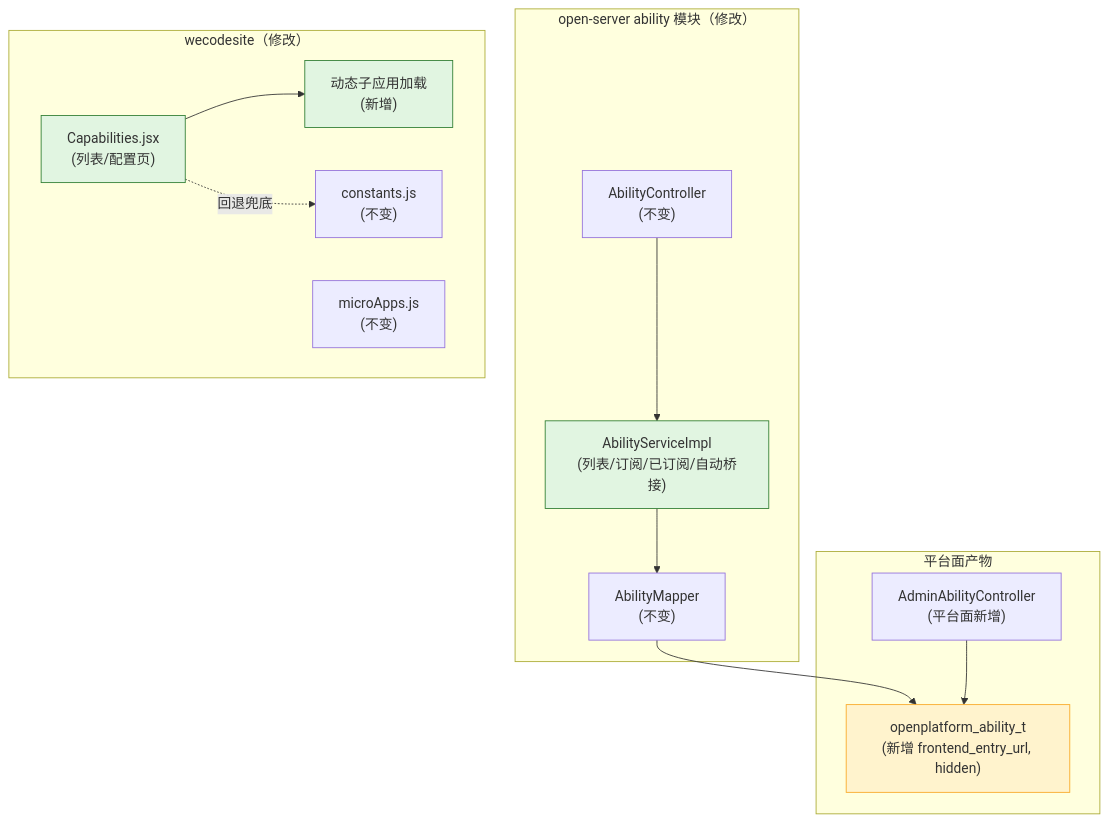
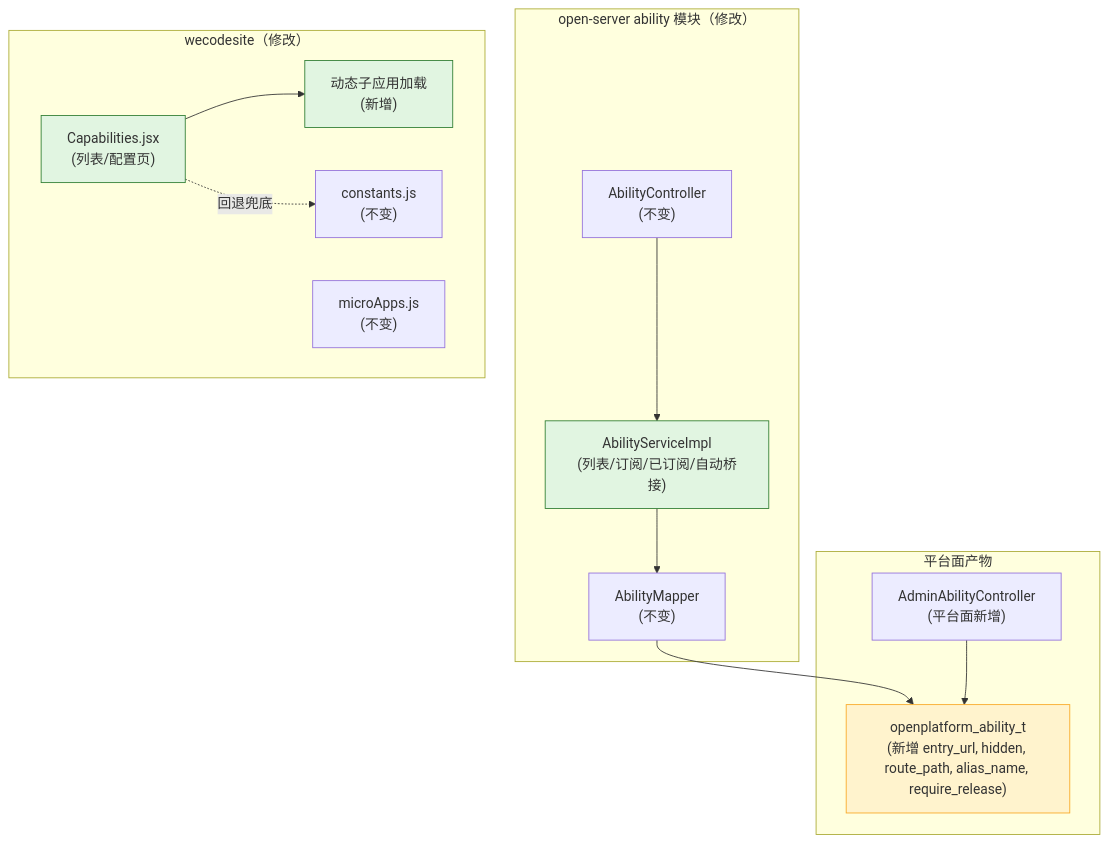
The first of 4 diagrams in .sddu/specs-tree-root/specs-tree-ability-embedding/specs-tree-embedding-open/plan.md (THZSummer/open-app), drawn with Mermaid before and after one commit. The commit also changed other lines of this file and 7 other files, not shown here.

````diff
--- a/.sddu/specs-tree-root/specs-tree-ability-embedding/specs-tree-embedding-open/plan.md
+++ b/.sddu/specs-tree-root/specs-tree-ability-embedding/specs-tree-embedding-open/plan.md
@@ -51,33 +52,33 @@
 ```mermaid
 graph TB
     subgraph OpenServer["open-server ability 模块（修改）"]
         AbilityController["AbilityController<br/>(不变)"]
         AbilityService["AbilityServiceImpl<br/>(列表/订阅/已订阅/自动桥接)"]
         AbilityMapper["AbilityMapper<br/>(不变)"]
     end
 
     subgraph WeCodeSite["wecodesite（修改）"]
         Capabilities["Capabilities.jsx<br/>(列表/配置页)"]
         DynamicSubApp["动态子应用加载<br/>(新增)"]
         MicroApps["microApps.js<br/>(不变)"]
         Constants["constants.js<br/>(不变)"]
     end
 
     subgraph Platform["平台面产物"]
-        AbilityTable["openplatform_ability_t<br/>(新增 frontend_entry_url, hidden)"]
+        AbilityTable["openplatform_ability_t<br/>(新增 entry_url, hidden, route_path, alias_name, require_release)"]
         AdminCRUD["AdminAbilityController<br/>(平台面新增)"]
     end
 
     AbilityController --> AbilityService
     AbilityService --> AbilityMapper
     AbilityMapper --> AbilityTable
     AdminCRUD --> AbilityTable
     
     Capabilities --> DynamicSubApp
     Capabilities -.->|回退兜底| Constants
 
     style AbilityService fill:#e1f5e1,stroke:#2e7d32
     style Capabilities fill:#e1f5e1,stroke:#2e7d32
     style DynamicSubApp fill:#e1f5e1,stroke:#2e7d32
     style AbilityTable fill:#fff3cd,stroke:#f9a825
 ```
````
